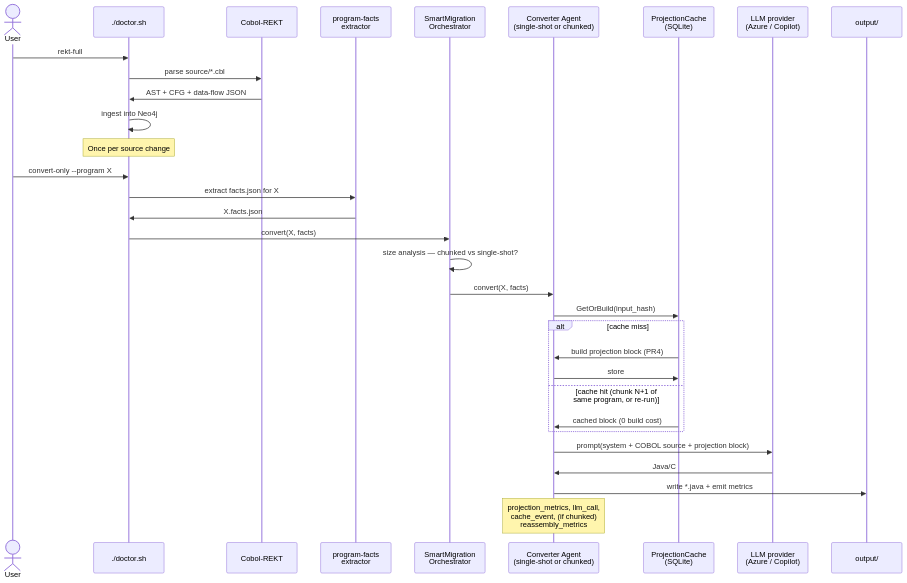
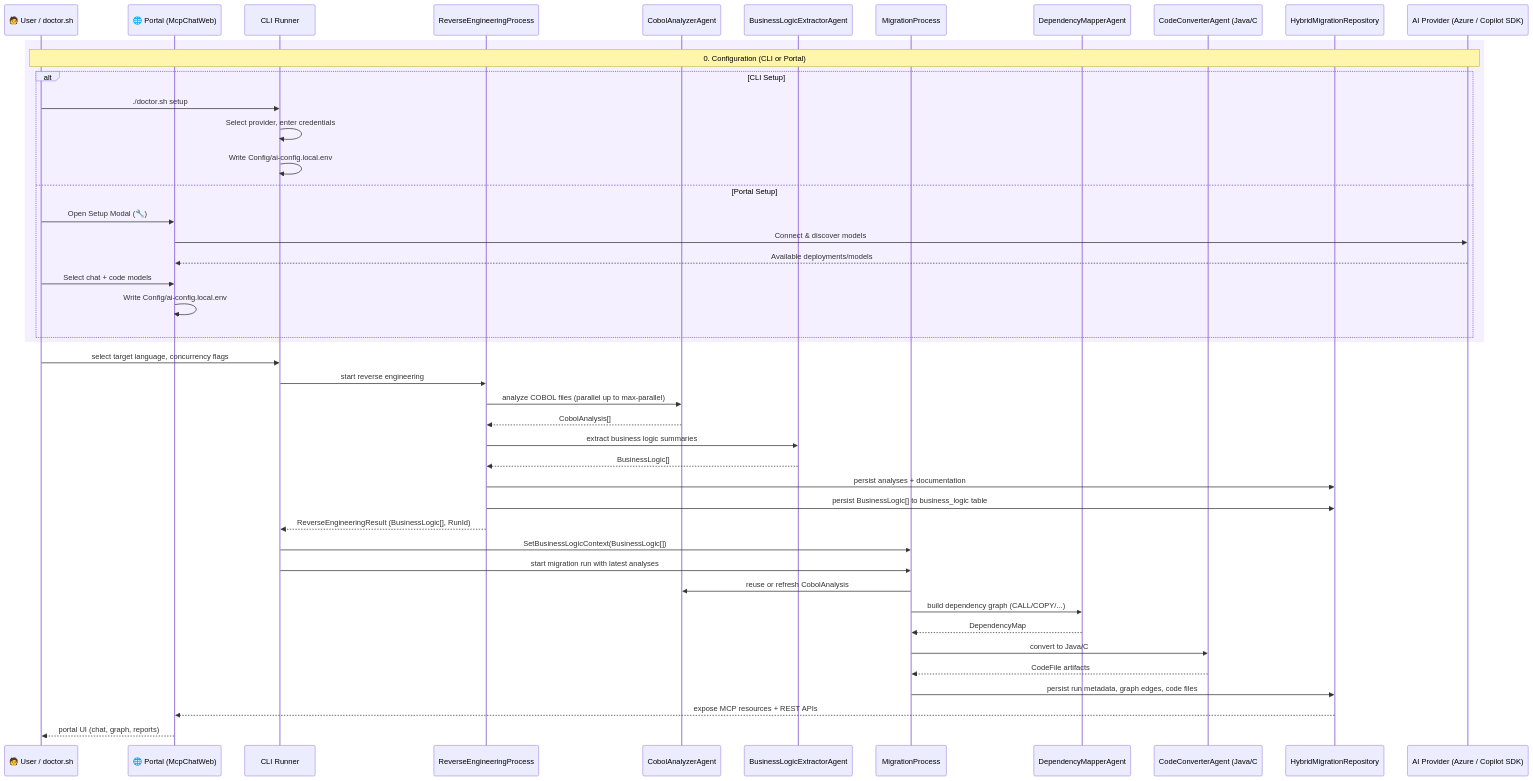
One commit to Azure-Samples/Legacy-Modernization-Agents changed the seventh of 8 diagrams in README.md. Above: the diagram before and after it, drawn with Mermaid. The commit also changed other lines of this file and 7 other files, not shown here.

````diff
--- a/README.md
+++ b/README.md
@@ -101,36 +1375,49 @@
 ```mermaid
 sequenceDiagram
-    actor User
-    participant doctor as ./doctor.sh
-    participant REKT as Cobol-REKT
-    participant Facts as program-facts<br/>extractor
-    participant Orch as SmartMigration<br/>Orchestrator
-    participant Agent as Converter Agent<br/>(single-shot or chunked)
-    participant Cache as ProjectionCache<br/>(SQLite)
-    participant LLM as LLM provider<br/>(Azure / Copilot)
-    participant Out as output/
+  participant User as 🧑 User / doctor.sh
+  participant Portal as 🌐 Portal (McpChatWeb)
+  participant CLI as CLI Runner
+  participant RE as ReverseEngineeringProcess
+  participant Analyzer as CobolAnalyzerAgent
+  participant BizLogic as BusinessLogicExtractorAgent
+  participant Migration as MigrationProcess
+  participant DepMap as DependencyMapperAgent
+  participant Converter as CodeConverterAgent (Java/C#)
+  participant Repo as HybridMigrationRepository
+  participant AI as AI Provider (Azure / Copilot SDK)
 
-    User->>doctor: rekt-full
-    doctor->>REKT: parse source/*.cbl
-    REKT->>doctor: AST + CFG + data-flow JSON
-    doctor->>doctor: ingest into Neo4j
-    Note over doctor: Once per source change
+  rect rgb(245, 240, 255)
+      Note over User, AI: 0. Configuration (CLI or Portal)
+      alt CLI Setup
+          User->>CLI: ./doctor.sh setup
+          CLI->>CLI: Select provider, enter credentials
+          CLI->>CLI: Write Config/ai-config.local.env
+      else Portal Setup
+          User->>Portal: Open Setup Modal (🔧)
+          Portal->>AI: Connect & discover models
+          AI-->>Portal: Available deployments/models
+          User->>Portal: Select chat + code models
+          Portal->>Portal: Write Config/ai-config.local.env
+      end
+  end
 
-    User->>doctor: convert-only --program X
-    doctor->>Facts: extract facts.json for X
-    Facts->>doctor: X.facts.json
-    doctor->>Orch: convert(X, facts)
-    Orch->>Orch: size analysis — chunked vs single-shot?
-    Orch->>Agent: convert(X, facts)
-    Agent->>Cache: GetOrBuild(input_hash)
-    alt cache miss
-        Cache->>Agent: build projection block (PR4)
-        Agent->>Cache: store
-    else cache hit (chunk N+1 of same program, or re-run)
-        Cache->>Agent: cached block (0 build cost)
-    end
-    Agent->>LLM: prompt(system + COBOL source + projection block)
-    LLM->>Agent: Java/C# code (streamed)
-    Agent->>Out: write *.java + emit metrics
-    Note over Agent: projection_metrics, llm_call,<br/>cache_event, (if chunked)<br/>reassembly_metrics
+  User->>CLI: select target language, concurrency flags
+  CLI->>RE: start reverse engineering
+  RE->>Analyzer: analyze COBOL files (parallel up to max-parallel)
+  Analyzer-->>RE: CobolAnalysis[]
+  RE->>BizLogic: extract business logic summaries
+  BizLogic-->>RE: BusinessLogic[]
+  RE->>Repo: persist analyses + documentation
+  RE->>Repo: persist BusinessLogic[] to business_logic table
+  RE-->>CLI: ReverseEngineeringResult (BusinessLogic[], RunId)
+  CLI->>Migration: SetBusinessLogicContext(BusinessLogic[])
+  CLI->>Migration: start migration run with latest analyses
+  Migration->>Analyzer: reuse or refresh CobolAnalysis
+  Migration->>DepMap: build dependency graph (CALL/COPY/...)
+  DepMap-->>Migration: DependencyMap
+  Migration->>Converter: convert to Java/C# with business logic context
+  Converter-->>Migration: CodeFile artifacts
+  Migration->>Repo: persist run metadata, graph edges, code files
+  Repo-->>Portal: expose MCP resources + REST APIs
+  Portal-->>User: portal UI (chat, graph, reports)
 ```
````
